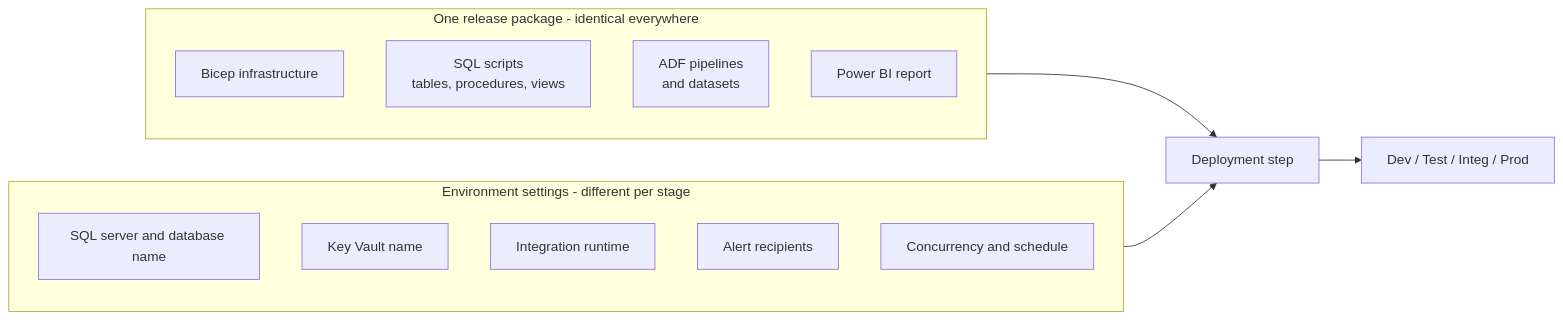
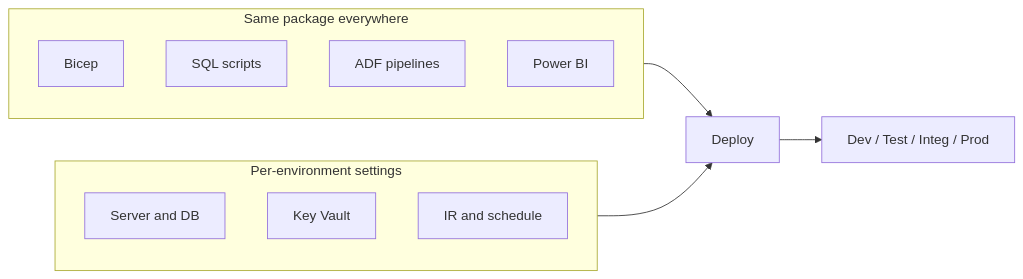
The third of 4 diagrams in docs/CICD_PROMOTION.md (priyadharsini0316/azure-data-pipeline), drawn with Mermaid before and after one commit. The commit also changed other lines of this file and 32 other files, not shown here.

````diff
--- a/docs/CICD_PROMOTION.md
+++ b/docs/CICD_PROMOTION.md
@@ -52,19 +37,17 @@
 ```mermaid
 flowchart LR
-    subgraph PKG["One release package - identical everywhere"]
-        IAC["Bicep infrastructure"]
-        SQL["SQL scripts<br/>tables, procedures, views"]
-        ADF["ADF pipelines<br/>and datasets"]
-        PBI["Power BI report"]
+    subgraph PKG["Same package everywhere"]
+        IAC["Bicep"]
+        SQLS["SQL scripts"]
+        ADFP["ADF pipelines"]
+        PBIX["Power BI"]
     end
-    subgraph PARAMS["Environment settings - different per stage"]
-        P1["SQL server and database name"]
-        P2["Key Vault name"]
-        P3["Integration runtime"]
-        P4["Alert recipients"]
-        P5["Concurrency and schedule"]
+    subgraph CFG["Per-environment settings"]
+        C1["Server and DB"]
+        C2["Key Vault"]
+        C3["IR and schedule"]
     end
-    PKG --> DEPLOY["Deployment step"]
-    PARAMS --> DEPLOY
-    DEPLOY --> ENVS["Dev / Test / Integ / Prod"]
+    PKG --> DEP["Deploy"]
+    CFG --> DEP
+    DEP --> ENV["Dev / Test / Integ / Prod"]
 ```
````
